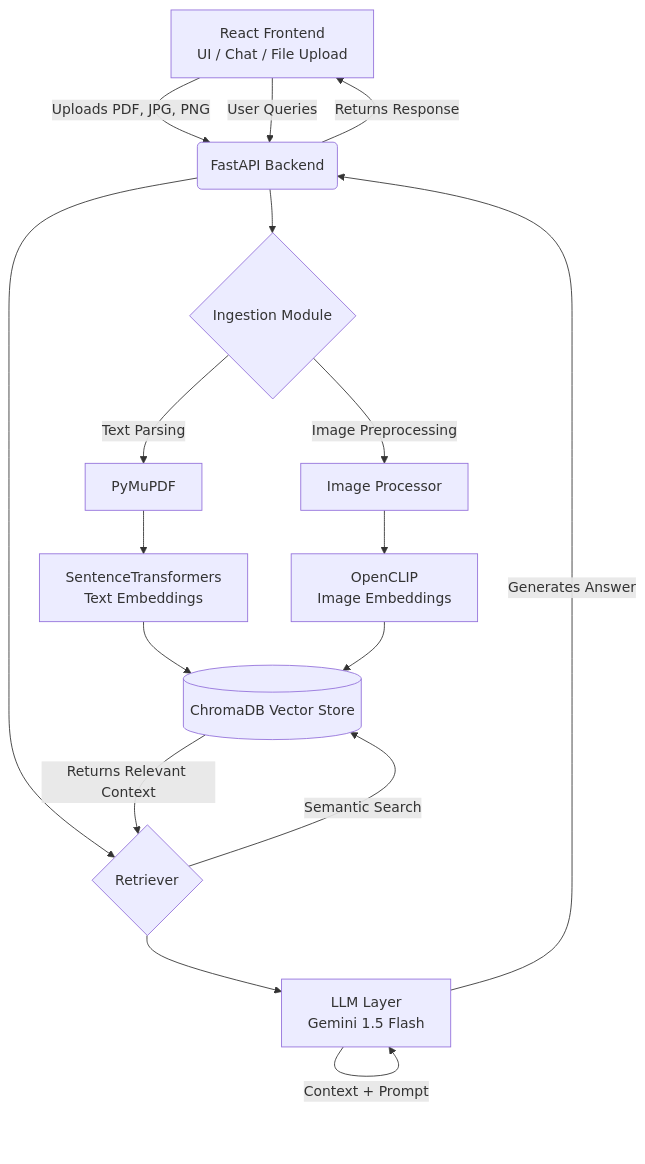
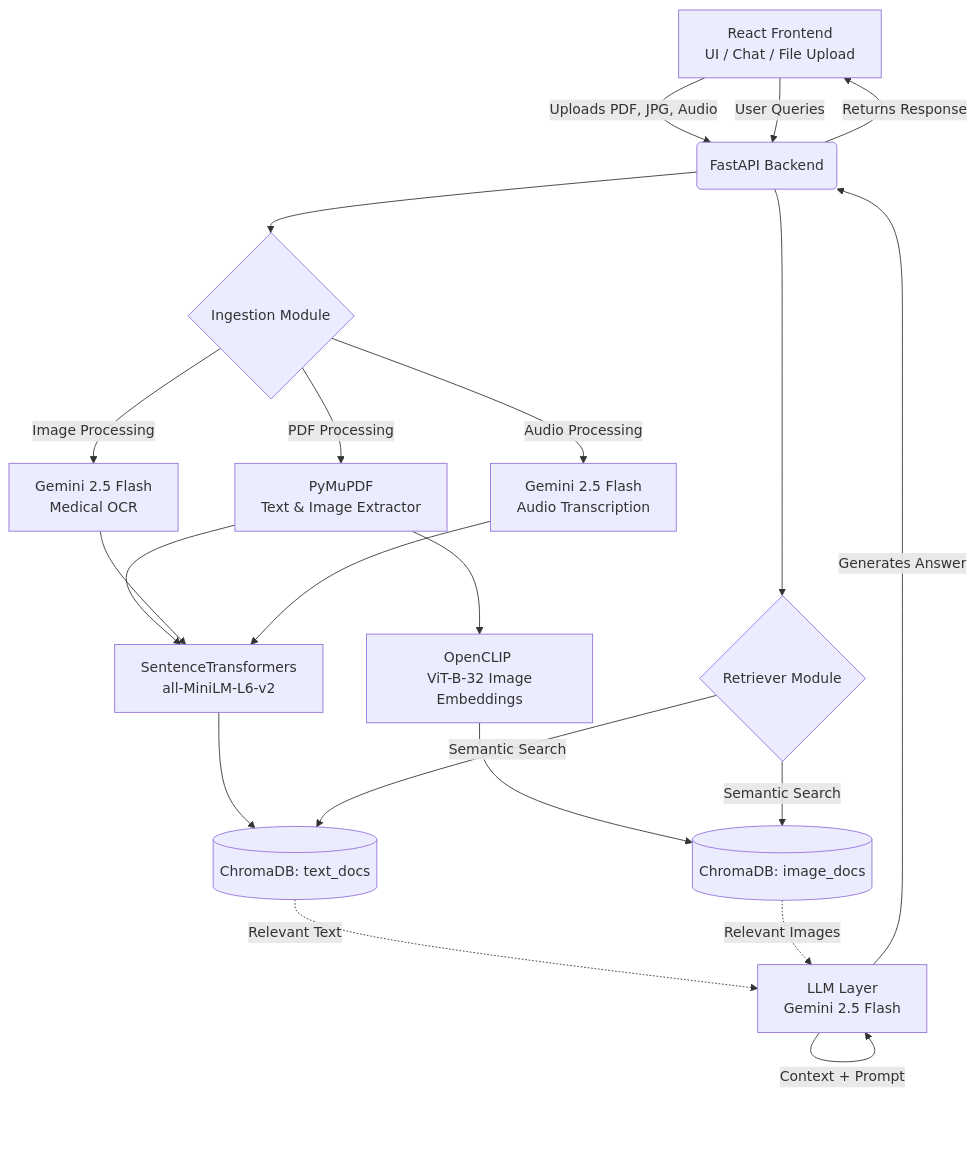
One commit to khushu-pie/medical_rag_project changed the diagram in README.md. Above: the diagram before and after it, drawn with Mermaid. The commit also changed other lines of this file, not shown here.

````diff
--- a/README.md
+++ b/README.md
@@ -23,23 +23,30 @@
 ```mermaid
 graph TD
-    A[React Frontend <br/> UI / Chat / File Upload] -->|Uploads PDF, JPG, PNG| B(FastAPI Backend)
+    A[React Frontend <br/> UI / Chat / File Upload] -->|Uploads PDF, JPG, Audio| B(FastAPI Backend)
     B --> C{Ingestion Module}
-    C -->|Text Parsing| D[PyMuPDF]
-    C -->|Image Preprocessing| E[Image Processor]
     
-    D --> F[SentenceTransformers <br/> Text Embeddings]
-    E --> G[OpenCLIP <br/> Image Embeddings]
+    C -->|PDF Processing| D[PyMuPDF <br/> Text & Image Extractor]
+    C -->|Image Processing| E[Gemini 2.5 Flash <br/> Medical OCR]
+    C -->|Audio Processing| F[Gemini 2.5 Flash <br/> Audio Transcription]
     
-    F --> H[(ChromaDB Vector Store)]
-    G --> H
+    D --> G[SentenceTransformers <br/> all-MiniLM-L6-v2]
+    E --> G
+    F --> G
+    
+    D --> H[OpenCLIP <br/> ViT-B-32 Image Embeddings]
+    
+    G --> I[(ChromaDB: text_docs)]
+    H --> J[(ChromaDB: image_docs)]
     
     A -->|User Queries| B
-    B --> I{Retriever}
-    I -->|Semantic Search| H
-    H -->|Returns Relevant Context| I
+    B --> K{Retriever Module}
+    K -->|Semantic Search| I
+    K -->|Semantic Search| J
     
-    I --> J[LLM Layer <br/> Gemini 1.5 Flash]
-    J -->|Context + Prompt| J
-    J -->|Generates Answer| B
+    I -.->|Relevant Text| L[LLM Layer <br/> Gemini 2.5 Flash]
+    J -.->|Relevant Images| L
+    
+    L -->|Context + Prompt| L
+    L -->|Generates Answer| B
     B -->|Returns Response| A
 ```
````
